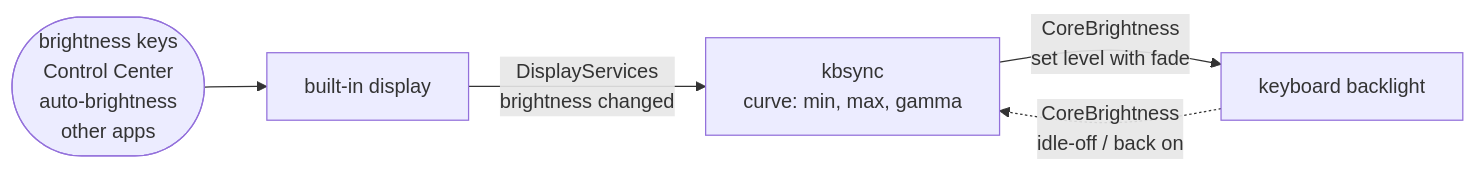
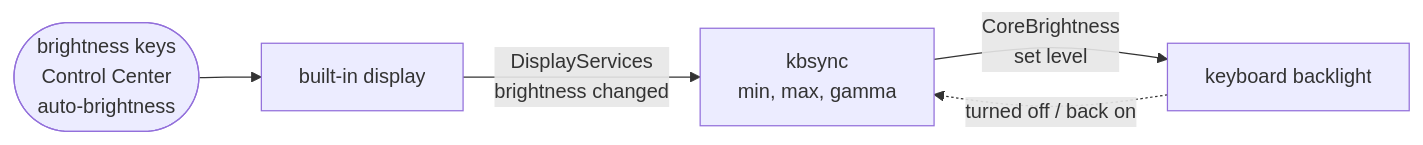
The diagram in README.md (simar-s2/kbsync), drawn with Mermaid before and after one commit. The commit also changed other lines of this file and 1 other file, not shown here.

````diff
--- a/README.md
+++ b/README.md
@@ -120,12 +88,7 @@
 ```mermaid
 flowchart LR
-    input(["brightness keys<br/>Control Center<br/>auto-brightness<br/>other apps"])
-    display["built-in display"]
-    kbsync["kbsync<br/>curve: min, max, gamma"]
-    keyboard["keyboard backlight"]
-
-    input --> display
-    display -->|"DisplayServices<br/>brightness changed"| kbsync
-    kbsync -->|"CoreBrightness<br/>set level with fade"| keyboard
-    keyboard -.->|"CoreBrightness<br/>idle-off / back on"| kbsync
+    input(["brightness keys<br/>Control Center<br/>auto-brightness"]) --> display["built-in display"]
+    display -->|"DisplayServices<br/>brightness changed"| kbsync["kbsync<br/>min, max, gamma"]
+    kbsync -->|"CoreBrightness<br/>set level"| keyboard["keyboard backlight"]
+    keyboard -.->|"turned off / back on"| kbsync
 ```
````
